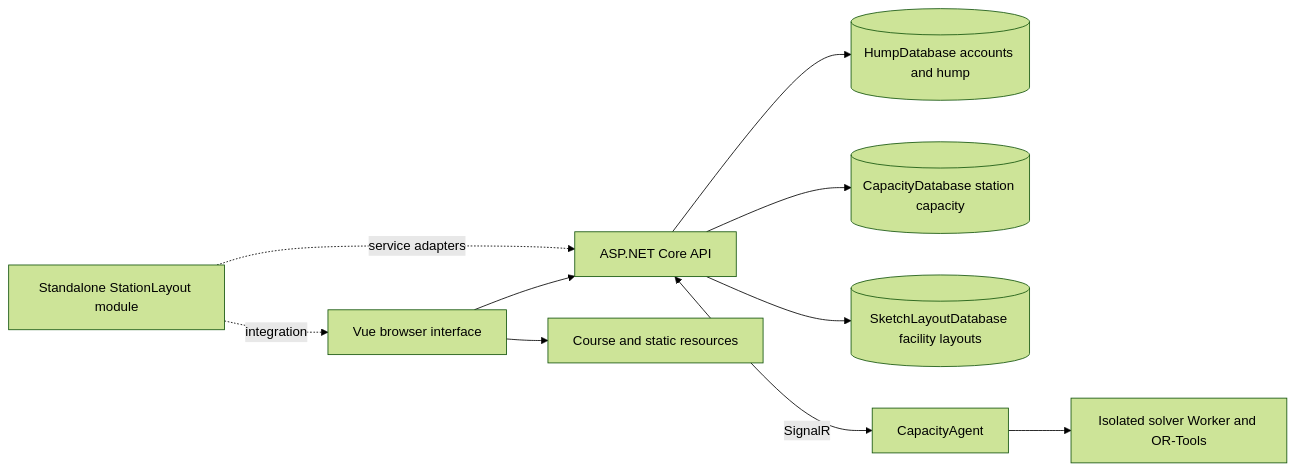
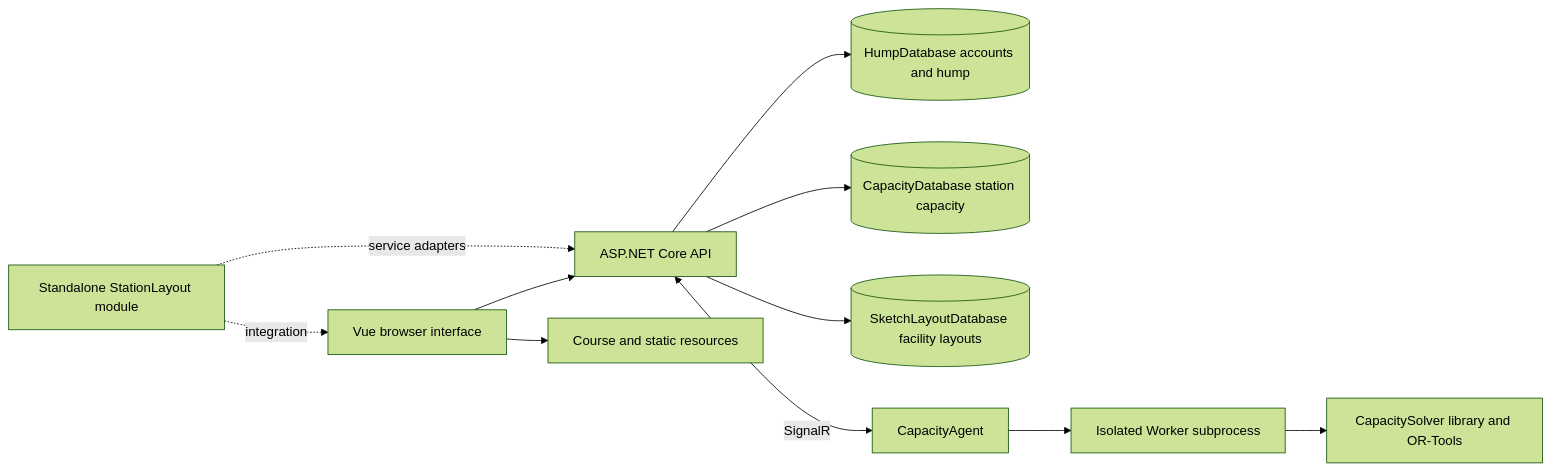
The diagram in docs/en/01-overview.md (lzw37/SwitchYard), drawn with Mermaid (forest theme) before and after one commit. The commit also changed other lines of this file and 71 other files, not shown here.

````diff
--- a/docs/en/01-overview.md
+++ b/docs/en/01-overview.md
@@ -63,12 +63,13 @@
 ```mermaid
 flowchart LR
     Browser[Vue browser interface] --> API[ASP.NET Core API]
     Browser --> Assets[Course and static resources]
     API --> HumpDB[(HumpDatabase accounts and hump)]
     API --> CapacityDB[(CapacityDatabase station capacity)]
     API --> SketchDB[(SketchLayoutDatabase facility layouts)]
     API <-->|SignalR| Agent[CapacityAgent]
-    Agent --> Worker[Isolated solver Worker and OR-Tools]
+    Agent --> Worker[Isolated Worker subprocess]
+    Worker --> Solver[CapacitySolver library and OR-Tools]
     Module[Standalone StationLayout module] -. integration .-> Browser
     Module -. service adapters .-> API
 ```
````
